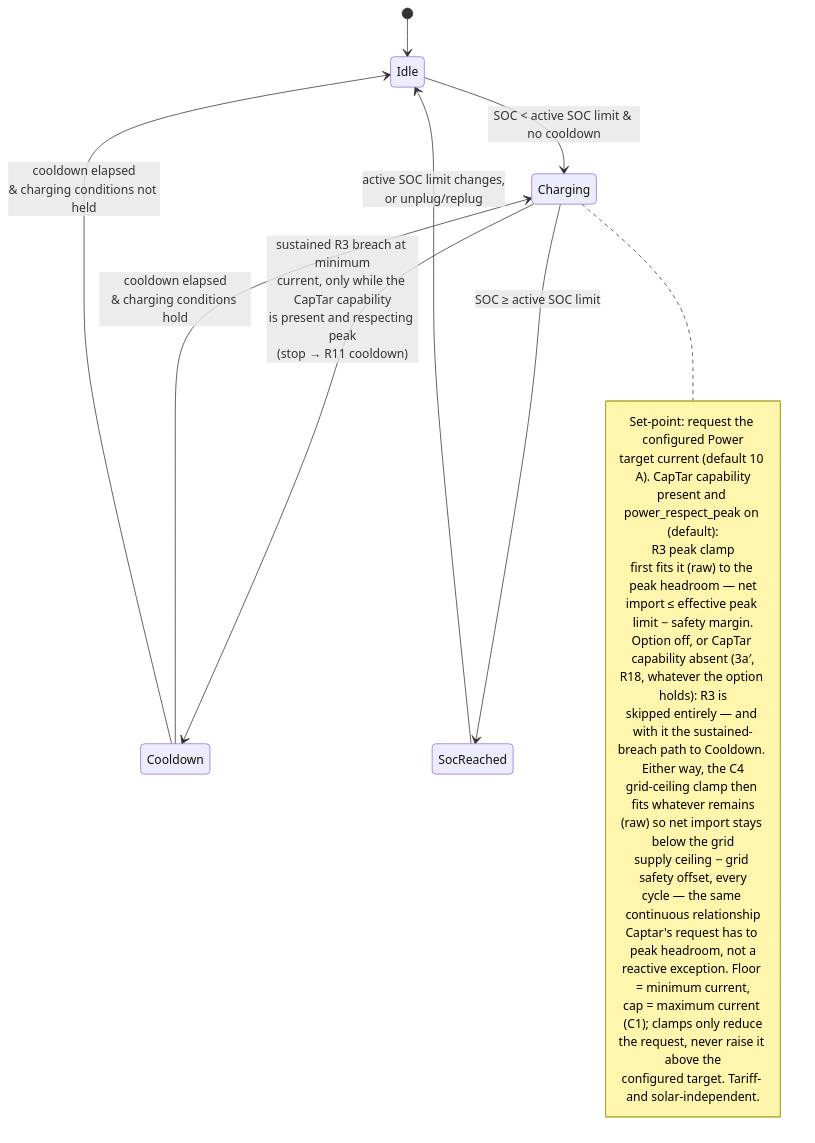
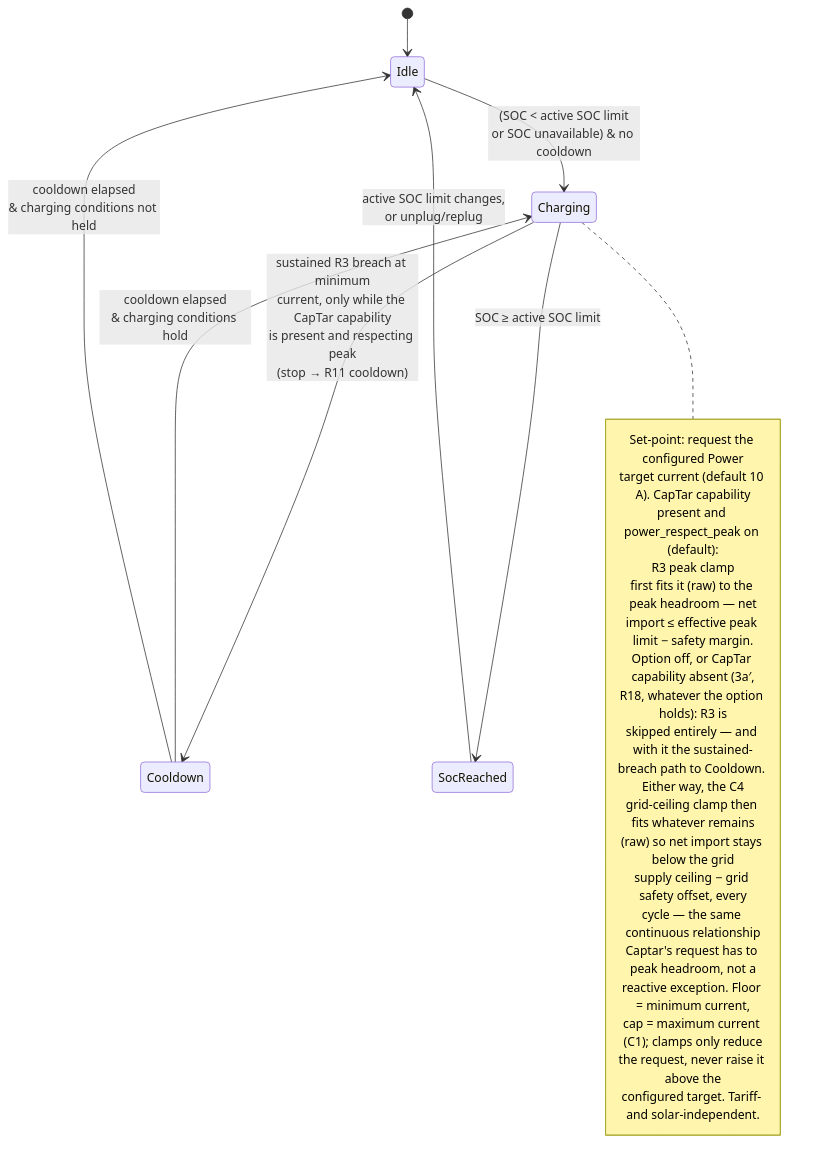
The diagram in docs/analysis/use-cases/UC04-charge-at-a-user-set-current.md (kristofdegrave/homeassistant-smart-charging), drawn with Mermaid before and after one commit. The commit also changed other lines of this file, not shown here.

First line of the commit message:
uc: UC04 exception flow for state of charge unavailable under Power (#1348)

````diff
--- a/docs/analysis/use-cases/UC04-charge-at-a-user-set-current.md
+++ b/docs/analysis/use-cases/UC04-charge-at-a-user-set-current.md
@@ -134,31 +151,31 @@
 ```mermaid
 stateDiagram-v2
     [*] --> Idle
-    Idle --> Charging: SOC < active SOC limit & no cooldown
+    Idle --> Charging: (SOC < active SOC limit<br/>or SOC unavailable) & no cooldown
     Charging --> Cooldown: sustained R3 breach at minimum<br/>current, only while the CapTar capability<br/>is present and respecting peak<br/>(stop → R11 cooldown)
     Charging --> SocReached: SOC ≥ active SOC limit
     Cooldown --> Charging: cooldown elapsed<br/>& charging conditions hold
     Cooldown --> Idle: cooldown elapsed<br/>& charging conditions not held
     SocReached --> Idle: active SOC limit changes,<br/>or unplug/replug
     note right of Charging
         Set-point: request the configured Power
         target current (default 10 A). CapTar capability
         present and power_respect_peak on (default):
         R3 peak clamp
         first fits it (raw) to the peak headroom — net
         import ≤ effective peak limit − safety margin.
         Option off, or CapTar capability absent (3a′,
         R18, whatever the option holds): R3 is
         skipped entirely — and with it the sustained-
         breach path to Cooldown. Either way, the C4
         grid-ceiling clamp then fits whatever remains
         (raw) so net import stays below the grid
         supply ceiling − grid safety offset, every
         cycle — the same continuous relationship
         Captar's request has to peak headroom, not a
         reactive exception. Floor = minimum current,
         cap = maximum current (C1); clamps only reduce
         the request, never raise it above the
         configured target. Tariff- and solar-independent.
     end note
 ```
````
